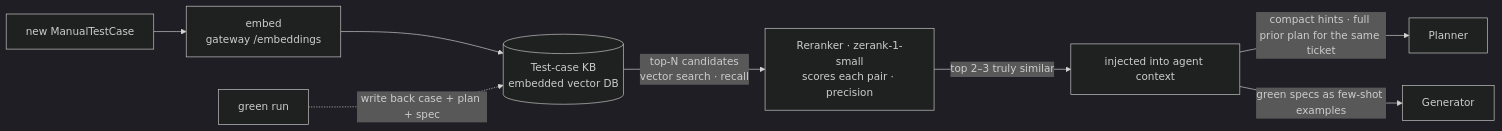
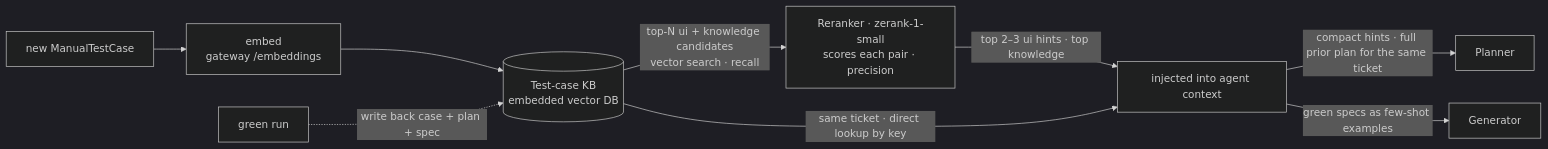
One commit to jpucic00/agentic-test-automation changed the third of 3 diagrams in docs/ARCHITECTURE.md. Above: the diagram before and after it, drawn with Mermaid (dark theme). The commit also changed other lines of this file and 4 other files, not shown here.

First line of the commit message:
Keep non-UI records and ticket ranking from starving retriever hints

````diff
--- a/docs/ARCHITECTURE.md
+++ b/docs/ARCHITECTURE.md
@@ -233,10 +233,11 @@
 ```mermaid
 flowchart LR
     MTC["new ManualTestCase"] --> EMB["embed<br/>gateway /embeddings"]
     EMB --> KB[("Test-case KB<br/>embedded vector DB")]
-    KB -->|"top-N candidates<br/>vector search · recall"| RR["Reranker · zerank-1-small<br/>scores each pair · precision"]
-    RR -->|top 2–3 truly similar| INJ["injected into agent context"]
+    KB -->|"top-N ui + knowledge candidates<br/>vector search · recall"| RR["Reranker · zerank-1-small<br/>scores each pair · precision"]
+    RR -->|"top 2–3 ui hints · top knowledge"| INJ["injected into agent context"]
+    KB -->|"same ticket · direct lookup by key"| INJ
     INJ -->|"compact hints · full prior plan for the same ticket"| PL2["Planner"]
     INJ -->|green specs as few-shot examples| GE2["Generator"]
     GRN["green run"] -. write back case + plan + spec .-> KB
 ```
````
